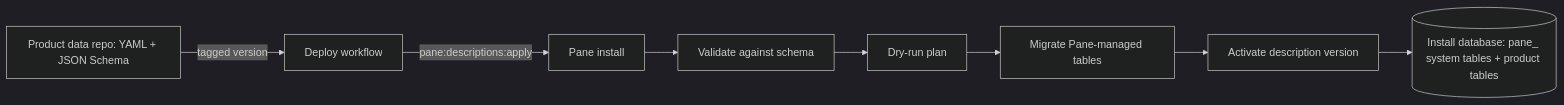
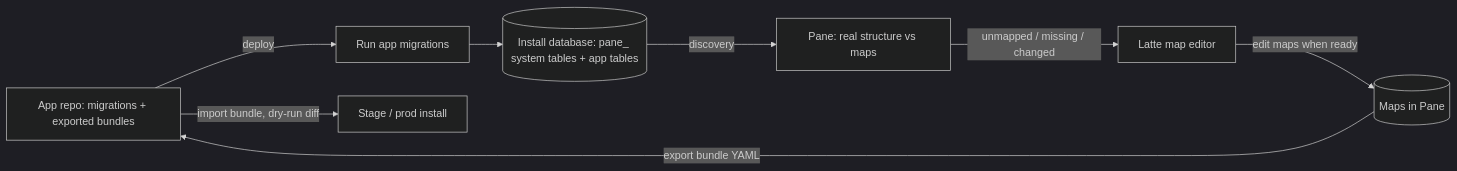
Before and after one commit to erme2/Pane: the third of 6 diagrams in docs/architecture.md, drawn with Mermaid (dark theme). The commit also changed other lines of this file and 2 other files, not shown here.

First line of the commit message:
feature: maps in the database, edited in Latte, separate from real tables

````diff
--- a/docs/architecture.md
+++ b/docs/architecture.md
@@ -129,10 +163,10 @@
 ```mermaid
 flowchart LR
-    Repo[Product data repo: YAML + JSON Schema] -->|tagged version| Deploy[Deploy workflow]
-    Deploy -->|pane:descriptions:apply| Pane[Pane install]
-    Pane --> Validate[Validate against schema]
-    Validate --> Plan[Dry-run plan]
-    Plan --> Migrate[Migrate Pane-managed tables]
-    Migrate --> Activate[Activate description version]
-    Activate --> DB[(Install database: pane_ system tables + product tables)]
+    Repo[App repo: migrations + exported bundles] -->|deploy| Migrate[Run app migrations]
+    Migrate --> DB[(Install database: pane_ system tables + app tables)]
+    DB -->|discovery| Sync[Pane: real structure vs maps]
+    Sync -->|unmapped / missing / changed| Latte[Latte map editor]
+    Latte -->|edit maps when ready| Maps[(Maps in Pane)]
+    Maps -->|export bundle YAML| Repo
+    Repo -->|import bundle, dry-run diff| Other[Stage / prod install]
 ```
````
